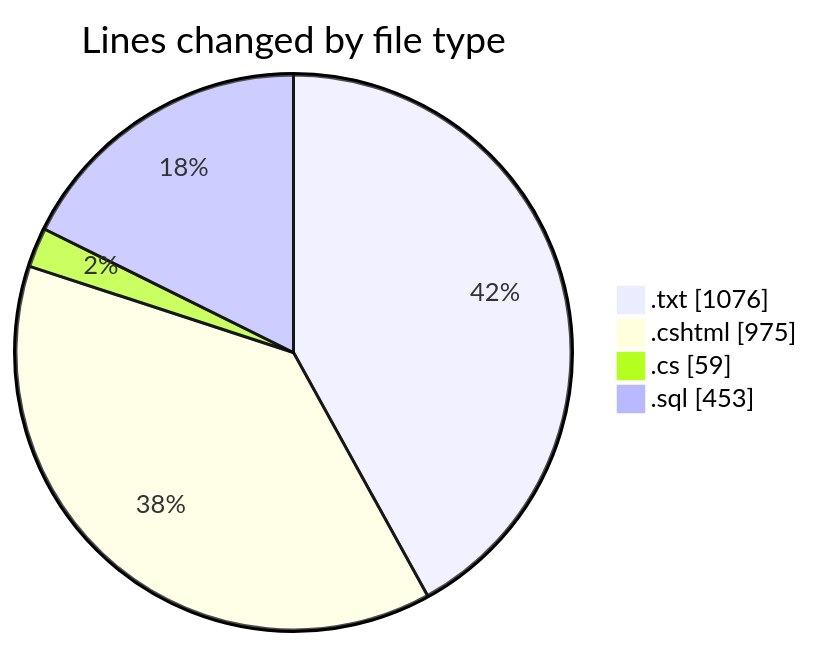
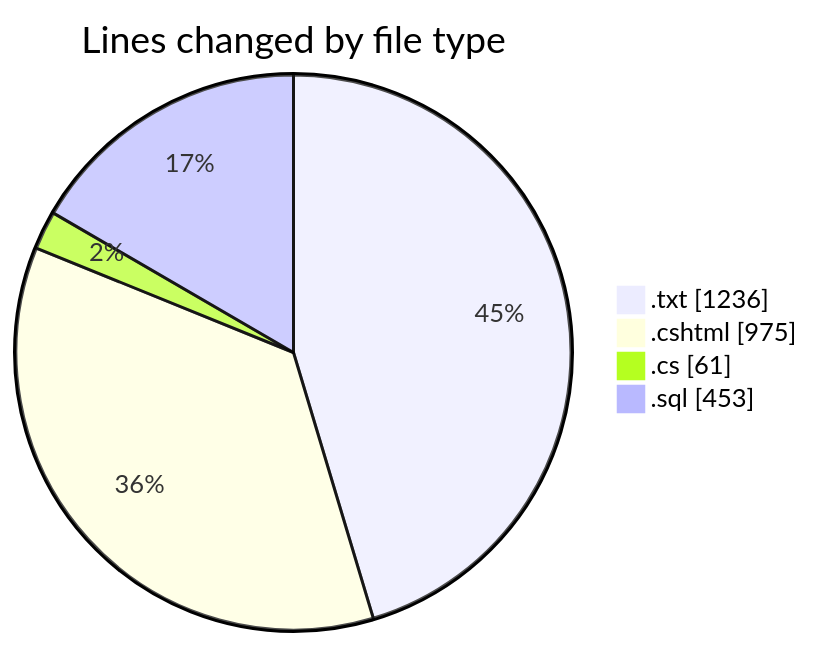
One commit to lephambinh05/code-tracking changed the first of 2 diagrams in 2025-07-25/quanlyrapchieuphim-1/README.md. Above: the diagram before and after it, drawn with Mermaid. The commit also changed other lines of this file and 1 other file, not shown here.

````diff
--- a/2025-07-25/quanlyrapchieuphim-1/README.md
+++ b/2025-07-25/quanlyrapchieuphim-1/README.md
@@ -24,8 +24,8 @@
 ```mermaid
 pie showData
 title Lines changed by file type
-".txt" : 1076
+".txt" : 1236
 ".cshtml" : 975
-".cs" : 59
+".cs" : 61
 ".sql" : 453
 ```
````
